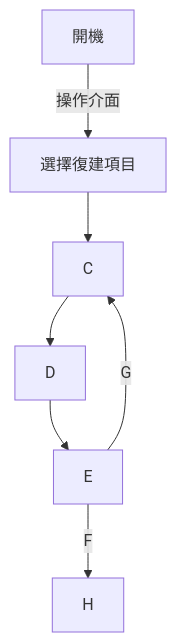
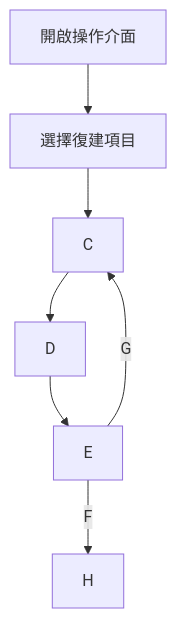
The diagram in README.md (jamie-commander/Python_MediaPipe_Tk), drawn with Mermaid before and after one commit.

````diff
--- a/README.md
+++ b/README.md
@@ -4,9 +4,9 @@
 ```mermaid
         graph TD
-        Big_Data_Catch[開機] -- 操作介面 --> Calc[選擇復建項目]
+        Big_Data_Catch[開啟操作介面] --> Calc[選擇復建項目]
         Calc --> Analysis[C]
         Analysis --> feature[D]
         feature --> backtrader[E]
         backtrader -- F --> result[H]
         backtrader -- G --> Analysis
 ```
````
